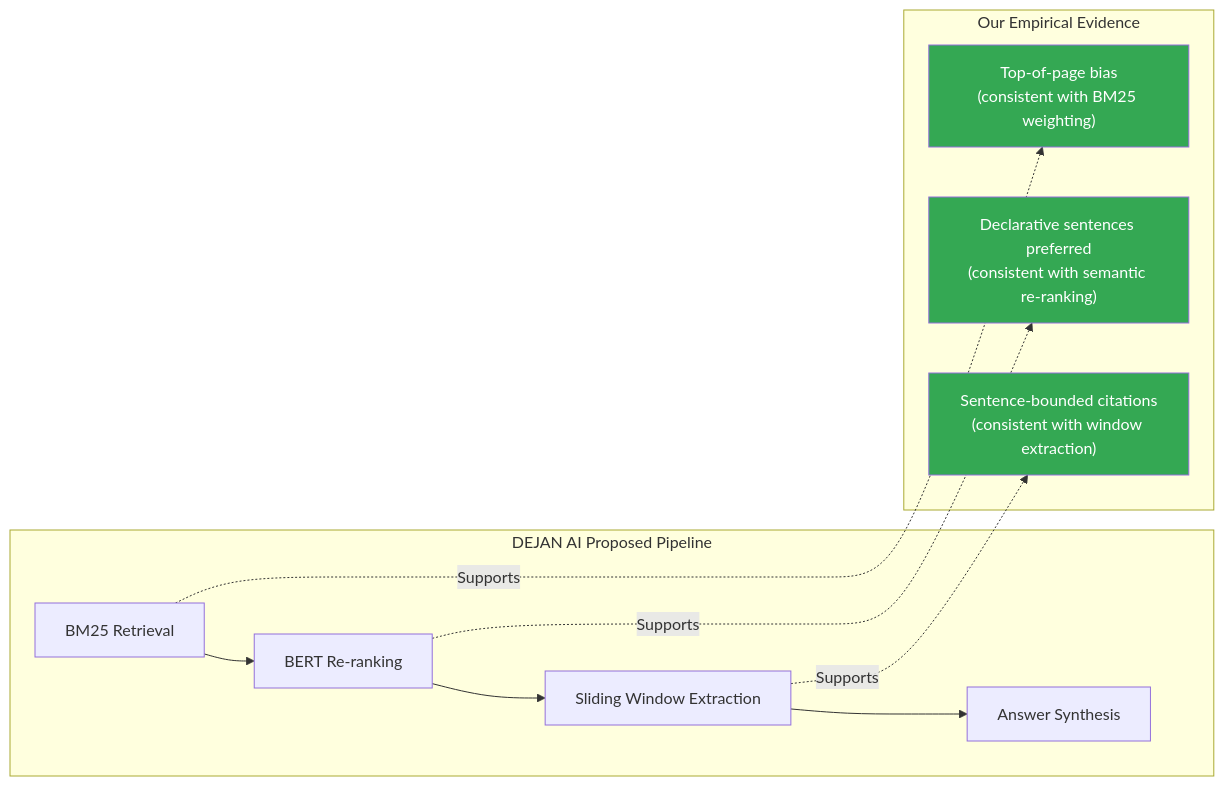
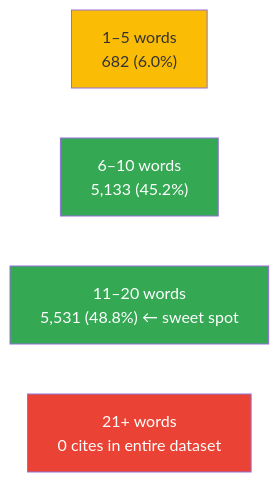
One commit to danishashko/ai-citation-patterns changed the eighth of 11 diagrams in article/diagrams/diagrams.md. Above: the diagram before and after it, drawn with Mermaid. The commit also changed other lines of this file and 39 other files, not shown here.

First line of the commit message:
feat: May 2026 dataset — 153,425 citations across 6 AI platforms

````diff
--- a/article/diagrams/diagrams.md
+++ b/article/diagrams/diagrams.md
@@ -80,19 +150,11 @@
 ```mermaid
-flowchart LR
-    subgraph "DEJAN AI Proposed Pipeline"
-        A[BM25 Retrieval] --> B[BERT Re-ranking]
-        B --> C[Sliding Window Extraction]
-        C --> D[Answer Synthesis]
-    end
-    subgraph "Our Empirical Evidence"
-        E["Top-of-page bias\n(consistent with BM25 weighting)"]
-        F["Declarative sentences preferred\n(consistent with semantic re-ranking)"]
-        G["Sentence-bounded citations\n(consistent with window extraction)"]
-    end
-    A -.->|Supports| E
-    B -.->|Supports| F
-    C -.->|Supports| G
-    style E fill:#34A853,color:#fff
-    style F fill:#34A853,color:#fff
-    style G fill:#34A853,color:#fff
+graph LR
+    A["1–5 words<br/>682 (6.0%)"]
+    B["6–10 words<br/>5,133 (45.2%)"]
+    C["11–20 words<br/>5,531 (48.8%) ← sweet spot"]
+    D["21+ words<br/>0 cites in entire dataset"]
+    style A fill:#FBBC05
+    style B fill:#34A853,color:#fff
+    style C fill:#34A853,color:#fff
+    style D fill:#EA4335,color:#fff
 ```
````
